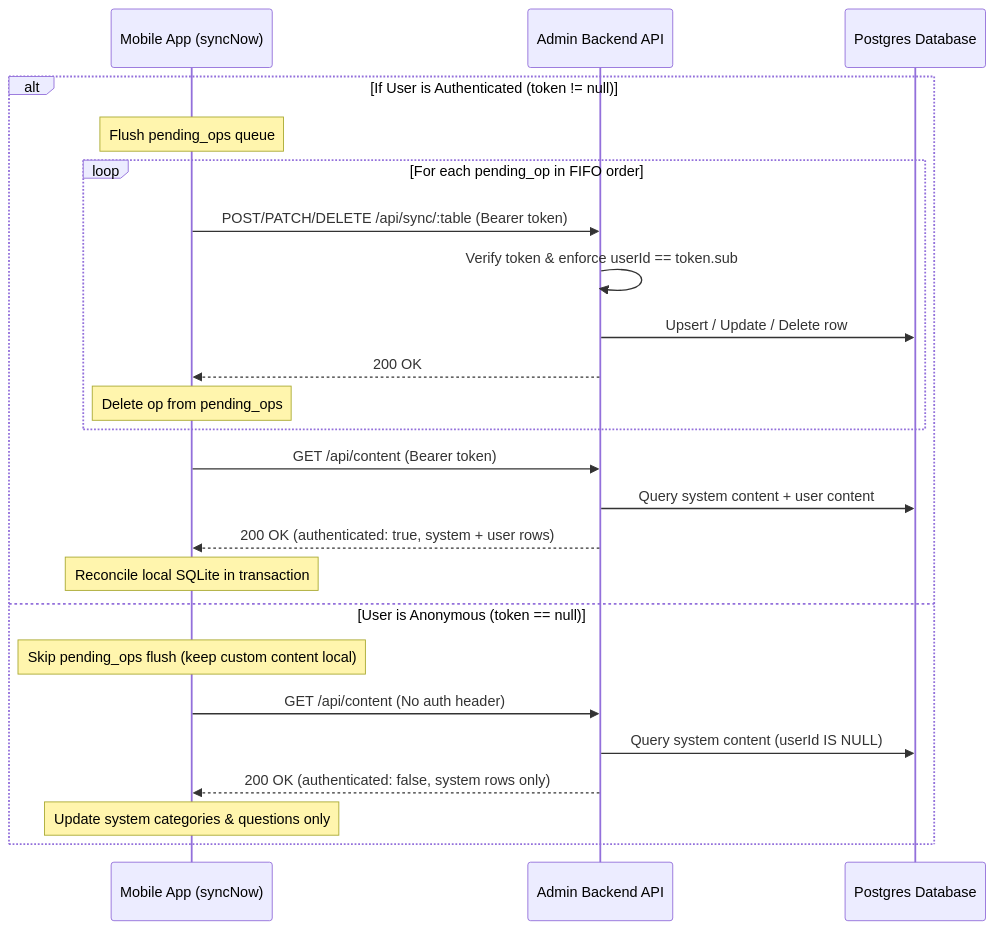
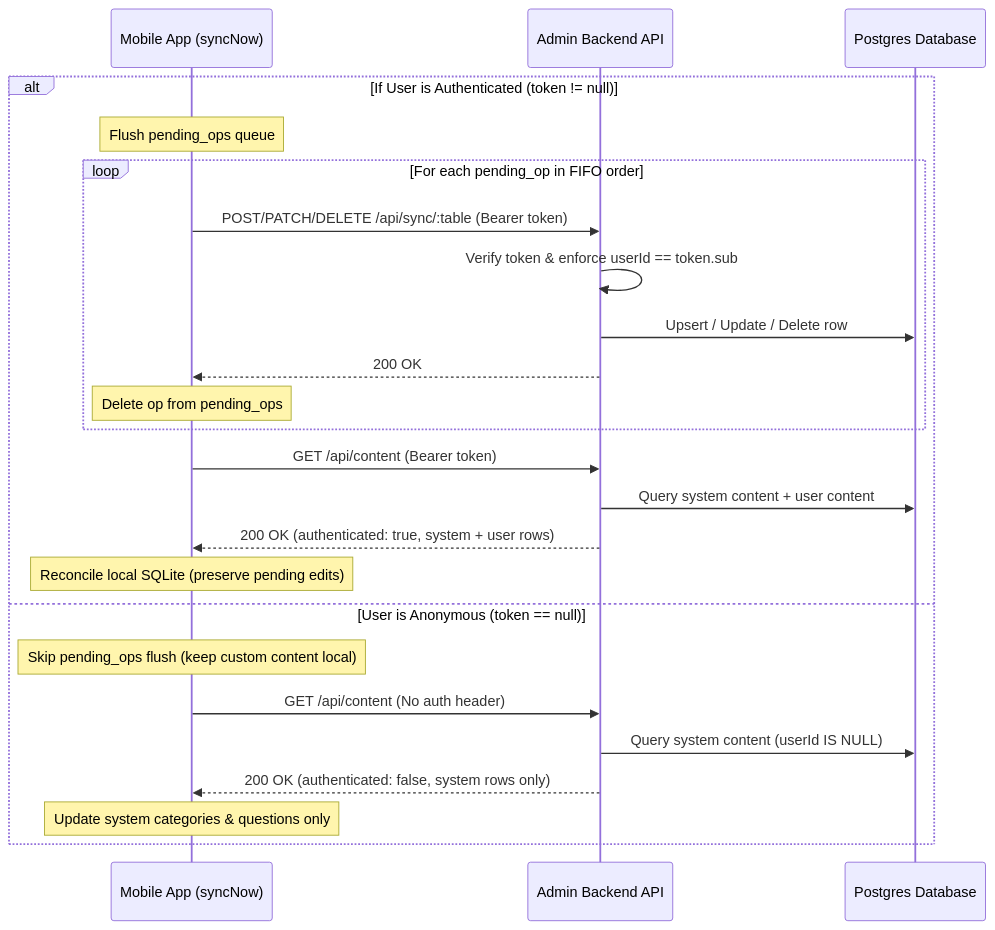
The diagram in docs/sync-and-api.md (ohapps/quiz-yourself-admin), drawn with Mermaid before and after one commit. The commit also changed other lines of this file and 1 other file, not shown here.

````diff
--- a/docs/sync-and-api.md
+++ b/docs/sync-and-api.md
@@ -264,27 +240,27 @@
 ```mermaid
 sequenceDiagram
     participant Mobile as Mobile App (syncNow)
     participant Server as Admin Backend API
     participant DB as Postgres Database
 
     alt If User is Authenticated (token != null)
         Note over Mobile: Flush pending_ops queue
         loop For each pending_op in FIFO order
             Mobile->>Server: POST/PATCH/DELETE /api/sync/:table (Bearer token)
             Server->>Server: Verify token & enforce userId == token.sub
             Server->>DB: Upsert / Update / Delete row
             Server-->>Mobile: 200 OK
             Note over Mobile: Delete op from pending_ops
         end
         Mobile->>Server: GET /api/content (Bearer token)
         Server->>DB: Query system content + user content
         Server-->>Mobile: 200 OK (authenticated: true, system + user rows)
-        Note over Mobile: Reconcile local SQLite in transaction
+        Note over Mobile: Reconcile local SQLite (preserve pending edits)
     else User is Anonymous (token == null)
         Note over Mobile: Skip pending_ops flush (keep custom content local)
         Mobile->>Server: GET /api/content (No auth header)
         Server->>DB: Query system content (userId IS NULL)
         Server-->>Mobile: 200 OK (authenticated: false, system rows only)
         Note over Mobile: Update system categories & questions only
     end
 ```
````
